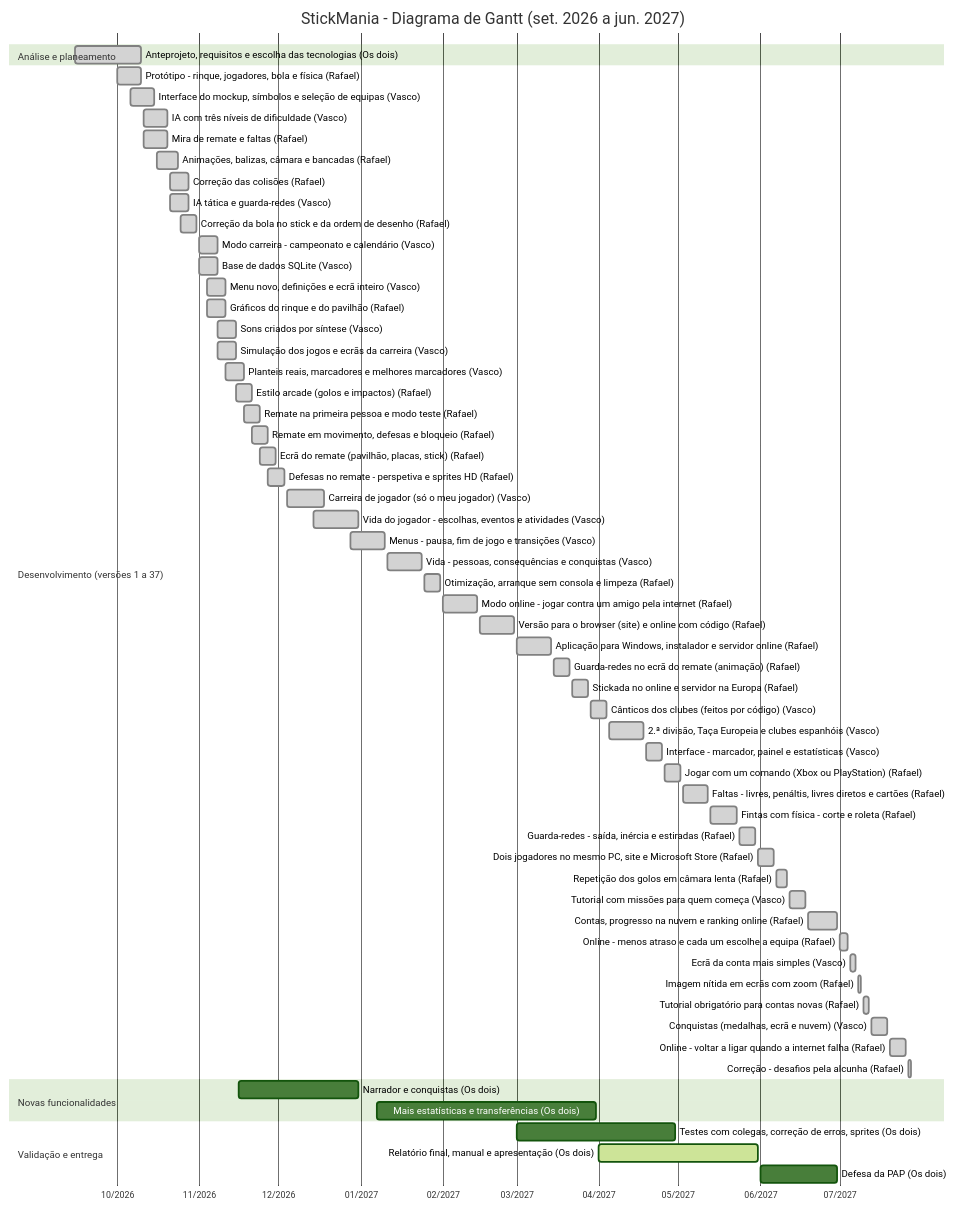
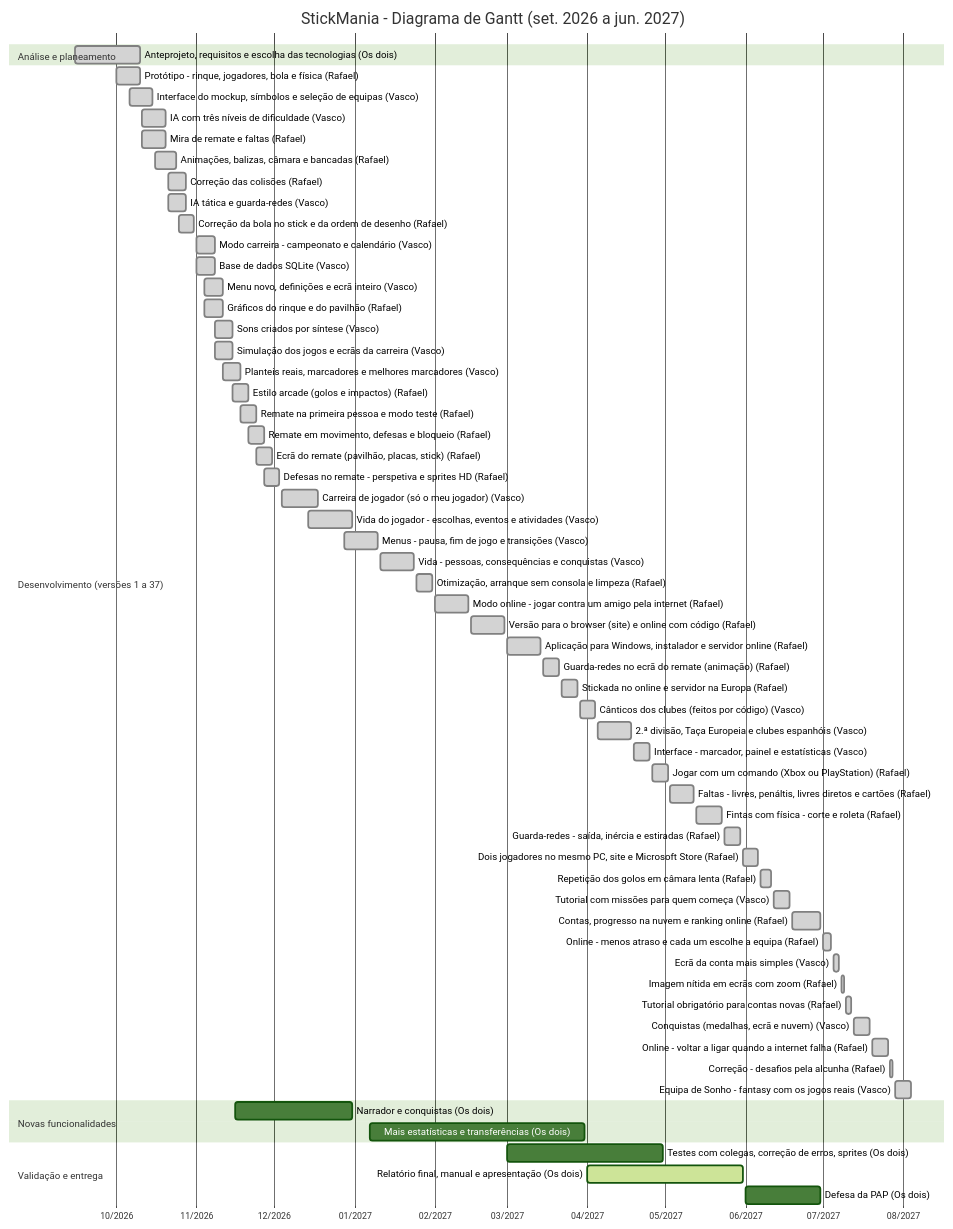
One commit to RafaelSilveira23/Stickmaniapap changed the diagram in docs/GANTT.md. Above: the diagram before and after it, drawn with Mermaid (forest theme). The commit also changed other lines of this file and 20 other files, not shown here.

First line of the commit message:
Equipa de Sonho: fantasy online com os jogos reais do campeonato (versao 49)

````diff
--- a/docs/GANTT.md
+++ b/docs/GANTT.md
@@ -13,66 +13,67 @@
 ```mermaid
 gantt
     title StickMania - Diagrama de Gantt (set. 2026 a jun. 2027)
     dateFormat YYYY-MM-DD
     axisFormat %m/%Y
     tickInterval 1month
     todayMarker off
     section Análise e planeamento
     Anteprojeto, requisitos e escolha das tecnologias (Os dois) :done, t1, 2026-09-15, 2026-10-10
     section Desenvolvimento (versões 1 a 37)
     Protótipo - rinque, jogadores, bola e física (Rafael) :done, t2, 2026-10-01, 2026-10-10
     Interface do mockup, símbolos e seleção de equipas (Vasco) :done, t3, 2026-10-06, 2026-10-15
     IA com três níveis de dificuldade (Vasco) :done, t4, 2026-10-11, 2026-10-20
     Mira de remate e faltas (Rafael) :done, t5, 2026-10-11, 2026-10-20
     Animações, balizas, câmara e bancadas (Rafael) :done, t6, 2026-10-16, 2026-10-24
     Correção das colisões (Rafael) :done, t7, 2026-10-21, 2026-10-28
     IA tática e guarda-redes (Vasco) :done, t8, 2026-10-21, 2026-10-28
     Correção da bola no stick e da ordem de desenho (Rafael) :done, t9, 2026-10-25, 2026-10-31
     Modo carreira - campeonato e calendário (Vasco) :done, t10, 2026-11-01, 2026-11-08
     Base de dados SQLite (Vasco) :done, t11, 2026-11-01, 2026-11-08
     Menu novo, definições e ecrã inteiro (Vasco) :done, t12, 2026-11-04, 2026-11-11
     Gráficos do rinque e do pavilhão (Rafael) :done, t13, 2026-11-04, 2026-11-11
     Sons criados por síntese (Vasco) :done, t14, 2026-11-08, 2026-11-15
     Simulação dos jogos e ecrãs da carreira (Vasco) :done, t15, 2026-11-08, 2026-11-15
     Planteis reais, marcadores e melhores marcadores (Vasco) :done, t16, 2026-11-11, 2026-11-18
     Estilo arcade (golos e impactos) (Rafael) :done, t17, 2026-11-15, 2026-11-21
     Remate na primeira pessoa e modo teste (Rafael) :done, t18, 2026-11-18, 2026-11-24
     Remate em movimento, defesas e bloqueio (Rafael) :done, t19, 2026-11-21, 2026-11-27
     Ecrã do remate (pavilhão, placas, stick) (Rafael) :done, t20, 2026-11-24, 2026-11-30
     Defesas no remate - perspetiva e sprites HD (Rafael) :done, t21, 2026-11-27, 2026-12-03
     Carreira de jogador (só o meu jogador) (Vasco) :done, t22, 2026-12-04, 2026-12-18
     Vida do jogador - escolhas, eventos e atividades (Vasco) :done, t23, 2026-12-14, 2026-12-31
     Menus - pausa, fim de jogo e transições (Vasco) :done, t24, 2026-12-28, 2027-01-10
     Vida - pessoas, consequências e conquistas (Vasco) :done, t25, 2027-01-11, 2027-01-24
     Otimização, arranque sem consola e limpeza (Rafael) :done, t26, 2027-01-25, 2027-01-31
     Modo online - jogar contra um amigo pela internet (Rafael) :done, t27, 2027-02-01, 2027-02-14
     Versão para o browser (site) e online com código (Rafael) :done, t28, 2027-02-15, 2027-02-28
     Aplicação para Windows, instalador e servidor online (Rafael) :done, t29, 2027-03-01, 2027-03-14
     Guarda-redes no ecrã do remate (animação) (Rafael) :done, t30, 2027-03-15, 2027-03-21
     Stickada no online e servidor na Europa (Rafael) :done, t31, 2027-03-22, 2027-03-28
     Cânticos dos clubes (feitos por código) (Vasco) :done, t32, 2027-03-29, 2027-04-04
     2.ª divisão, Taça Europeia e clubes espanhóis (Vasco) :done, t33, 2027-04-05, 2027-04-18
     Interface - marcador, painel e estatísticas (Vasco) :done, t34, 2027-04-19, 2027-04-25
     Jogar com um comando (Xbox ou PlayStation) (Rafael) :done, t35, 2027-04-26, 2027-05-02
     Faltas - livres, penáltis, livres diretos e cartões (Rafael) :done, t36, 2027-05-03, 2027-05-12
     Fintas com física - corte e roleta (Rafael) :done, t37, 2027-05-13, 2027-05-23
     Guarda-redes - saída, inércia e estiradas (Rafael) :done, t38, 2027-05-24, 2027-05-30
     Dois jogadores no mesmo PC, site e Microsoft Store (Rafael) :done, t39, 2027-05-31, 2027-06-06
     Repetição dos golos em câmara lenta (Rafael) :done, t40, 2027-06-07, 2027-06-11
     Tutorial com missões para quem começa (Vasco) :done, t41, 2027-06-12, 2027-06-18
     Contas, progresso na nuvem e ranking online (Rafael) :done, t42, 2027-06-19, 2027-06-30
     Online - menos atraso e cada um escolhe a equipa (Rafael) :done, t43, 2027-07-01, 2027-07-04
     Ecrã da conta mais simples (Vasco) :done, t44, 2027-07-05, 2027-07-07
     Imagem nítida em ecrãs com zoom (Rafael) :done, t45, 2027-07-08, 2027-07-09
     Tutorial obrigatório para contas novas (Rafael) :done, t46, 2027-07-10, 2027-07-12
     Conquistas (medalhas, ecrã e nuvem) (Vasco) :done, t47, 2027-07-13, 2027-07-19
     Online - voltar a ligar quando a internet falha (Rafael) :done, t48, 2027-07-20, 2027-07-26
     Correção - desafios pela alcunha (Rafael) :done, t49, 2027-07-27, 2027-07-28
+    Equipa de Sonho - fantasy com os jogos reais (Vasco) :done, t50, 2027-07-29, 2027-08-04
     section Novas funcionalidades
-    Narrador e conquistas (Os dois) :t50, 2026-11-16, 2026-12-31
-    Mais estatísticas e transferências (Os dois) :t51, 2027-01-07, 2027-03-31
+    Narrador e conquistas (Os dois) :t51, 2026-11-16, 2026-12-31
+    Mais estatísticas e transferências (Os dois) :t52, 2027-01-07, 2027-03-31
     section Validação e entrega
-    Testes com colegas, correção de erros, sprites (Os dois) :t52, 2027-03-01, 2027-04-30
-    Relatório final, manual e apresentação (Os dois) :active, t53, 2027-04-01, 2027-05-31
-    Defesa da PAP (Os dois) :t54, 2027-06-01, 2027-06-30
+    Testes com colegas, correção de erros, sprites (Os dois) :t53, 2027-03-01, 2027-04-30
+    Relatório final, manual e apresentação (Os dois) :active, t54, 2027-04-01, 2027-05-31
+    Defesa da PAP (Os dois) :t55, 2027-06-01, 2027-06-30
 ```
````
